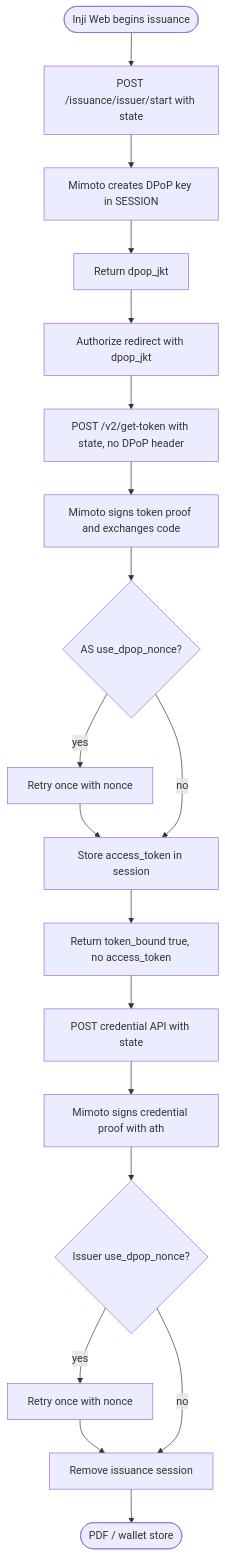
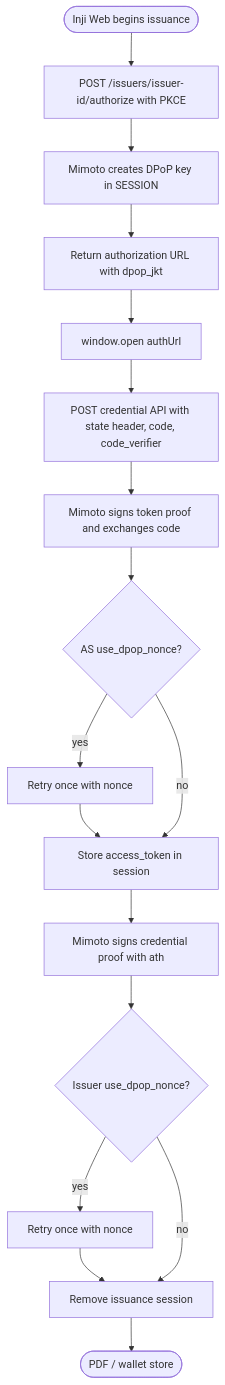
Before and after one commit to MadhuMosip/inji-web: the first of 4 diagrams in docs/dpop-support.md, drawn with Mermaid. The commit also changed other lines of this file and 19 other files, not shown here.

````diff
--- a/docs/dpop-support.md
+++ b/docs/dpop-support.md
@@ -172,21 +174,19 @@
 ```mermaid
 flowchart TD
-  A([Inji Web begins issuance]) --> B[POST /issuance/issuer/start with state]
+  A([Inji Web begins issuance]) --> B[POST /issuers/issuer-id/authorize with PKCE]
   B --> C[Mimoto creates DPoP key in SESSION]
-  C --> D[Return dpop_jkt]
-  D --> E[Authorize redirect with dpop_jkt]
-  E --> F[POST /v2/get-token with state, no DPoP header]
+  C --> D[Return authorization URL with dpop_jkt]
+  D --> E[window.open authUrl]
+  E --> F[POST credential API with state header, code, code_verifier]
   F --> G[Mimoto signs token proof and exchanges code]
   G --> H{AS use_dpop_nonce?}
   H -- yes --> I[Retry once with nonce]
   I --> J[Store access_token in session]
   H -- no --> J
-  J --> K[Return token_bound true, no access_token]
-  K --> L[POST credential API with state]
-  L --> M[Mimoto signs credential proof with ath]
-  M --> N{Issuer use_dpop_nonce?}
-  N -- yes --> O[Retry once with nonce]
-  O --> P[Remove issuance session]
-  N -- no --> P
-  P --> Q([PDF / wallet store])
+  J --> K[Mimoto signs credential proof with ath]
+  K --> L{Issuer use_dpop_nonce?}
+  L -- yes --> M[Retry once with nonce]
+  M --> N[Remove issuance session]
+  L -- no --> N
+  N --> O([PDF / wallet store])
 ```
````
